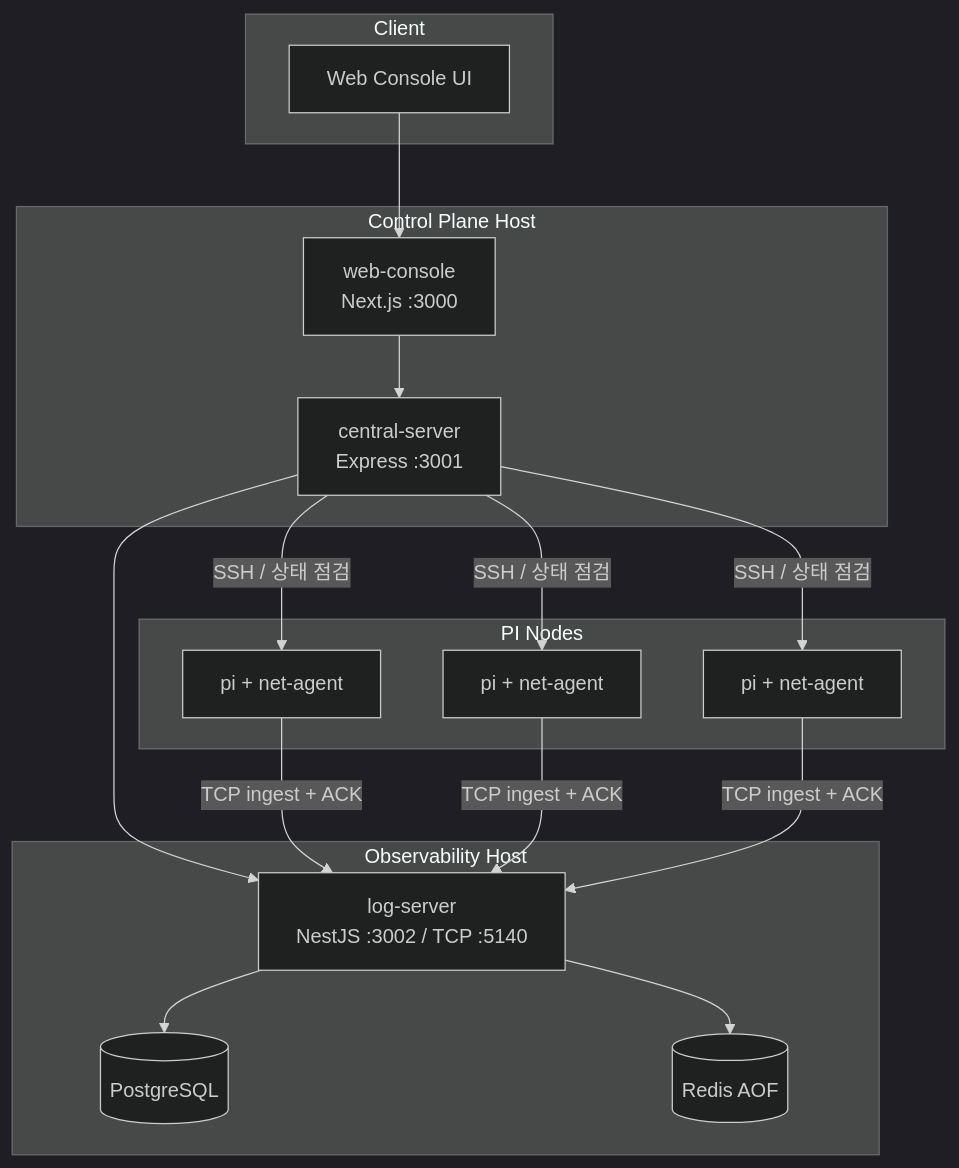
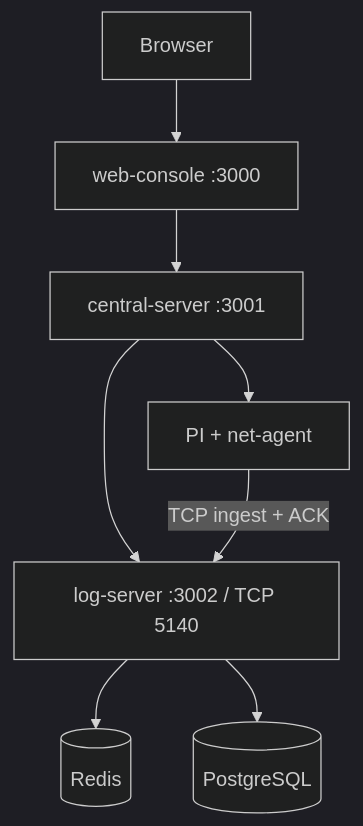
Before and after one commit to LSH9132/INSLAB-TESTBED-MIDDLEWARE-CONSOLE: the diagram in PROJECT_ARCHITECTURE.md, drawn with Mermaid (dark theme). The commit also changed other lines of this file and 35 other files, not shown here.

````diff
--- a/PROJECT_ARCHITECTURE.md
+++ b/PROJECT_ARCHITECTURE.md
@@ -18,35 +16,18 @@
 ```mermaid
 graph TD
-    subgraph "Client"
-        Browser["Web Console UI"]
-    end
-
-    subgraph "Control Plane Host"
-        Web["web-console<br/>Next.js :3000"]
-        Central["central-server<br/>Express :3001"]
-    end
-
-    subgraph "Observability Host"
-        Log["log-server<br/>NestJS :3002 / TCP :5140"]
-        Pg[("PostgreSQL")]
-        Redis[("Redis AOF")]
-    end
-
-    subgraph "PI Nodes"
-        Pi1["pi + net-agent"]
-        Pi2["pi + net-agent"]
-        PiN["pi + net-agent"]
-    end
+    Browser["Browser"]
+    Web["web-console :3000"]
+    Central["central-server :3001"]
+    Log["log-server :3002 / TCP 5140"]
+    Pg[("PostgreSQL")]
+    Redis[("Redis")]
+    Pi["PI + net-agent"]
 
     Browser --> Web
     Web --> Central
     Central --> Log
+    Central --> Pi
+    Pi -->|"TCP ingest + ACK"| Log
+    Log --> Redis
     Log --> Pg
-    Log --> Redis
-    Pi1 -->|"TCP ingest + ACK"| Log
-    Pi2 -->|"TCP ingest + ACK"| Log
-    PiN -->|"TCP ingest + ACK"| Log
-    Central -->|"SSH / 상태 점검"| Pi1
-    Central -->|"SSH / 상태 점검"| Pi2
-    Central -->|"SSH / 상태 점검"| PiN
 ```
````
